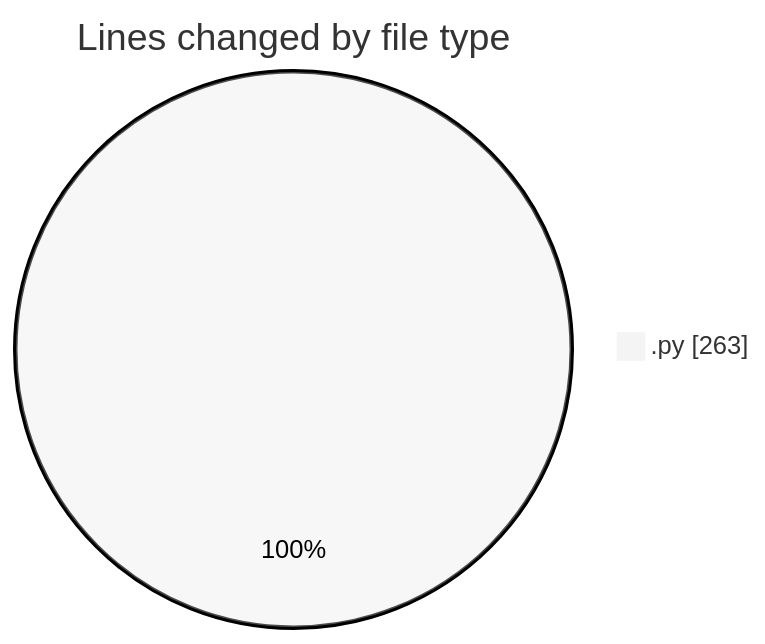
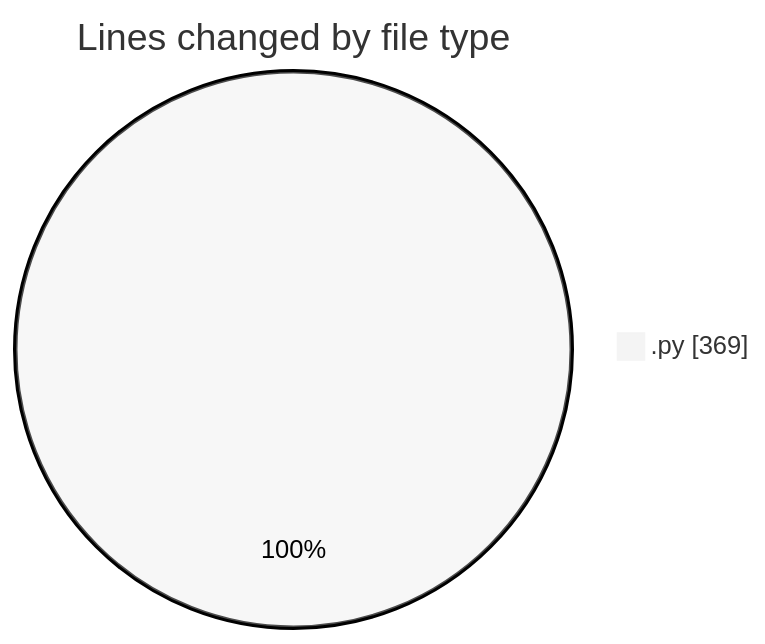
The first of 2 diagrams in 2025-02-26/myws__workspace_/README.md (MatusMokan/code-tracking), drawn with Mermaid (neutral theme) before and after one commit. The commit also changed other lines of this file and 1 other file, not shown here.

````diff
--- a/2025-02-26/myws__workspace_/README.md
+++ b/2025-02-26/myws__workspace_/README.md
@@ -21,5 +21,5 @@
 ```mermaid
 pie showData
 title Lines changed by file type
-".py" : 263
+".py" : 369
 ```
````
